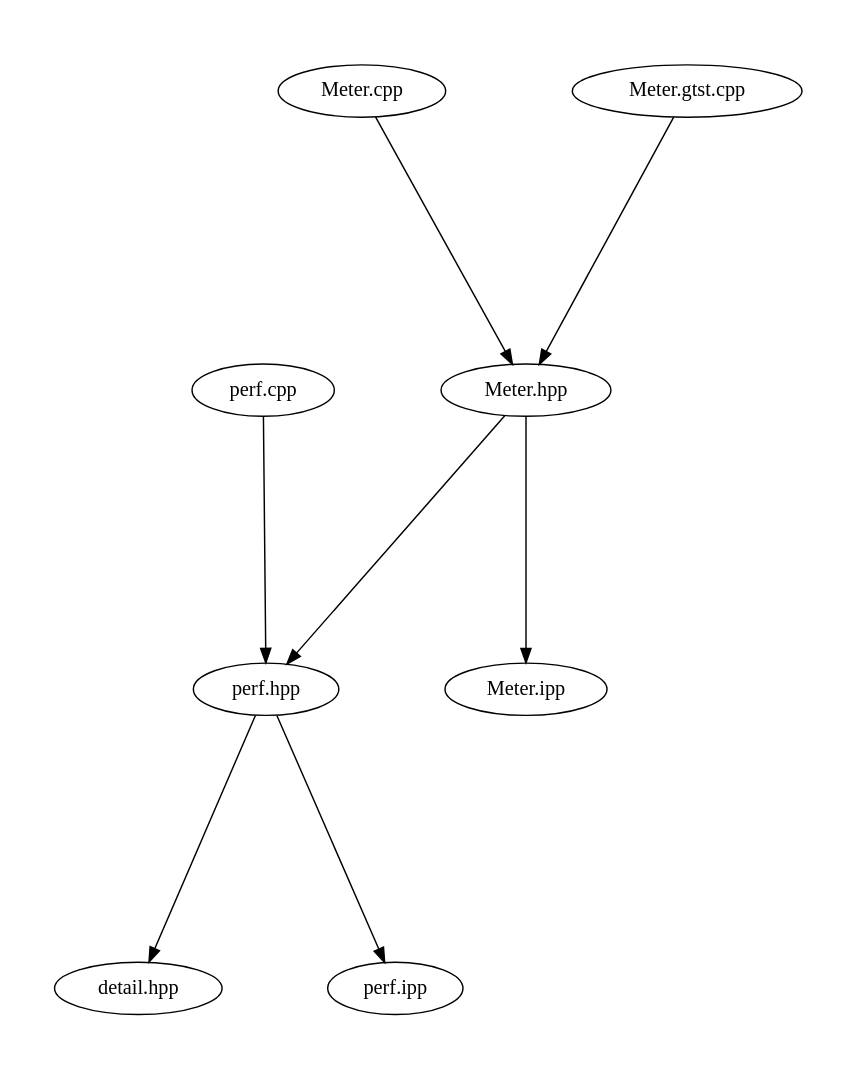
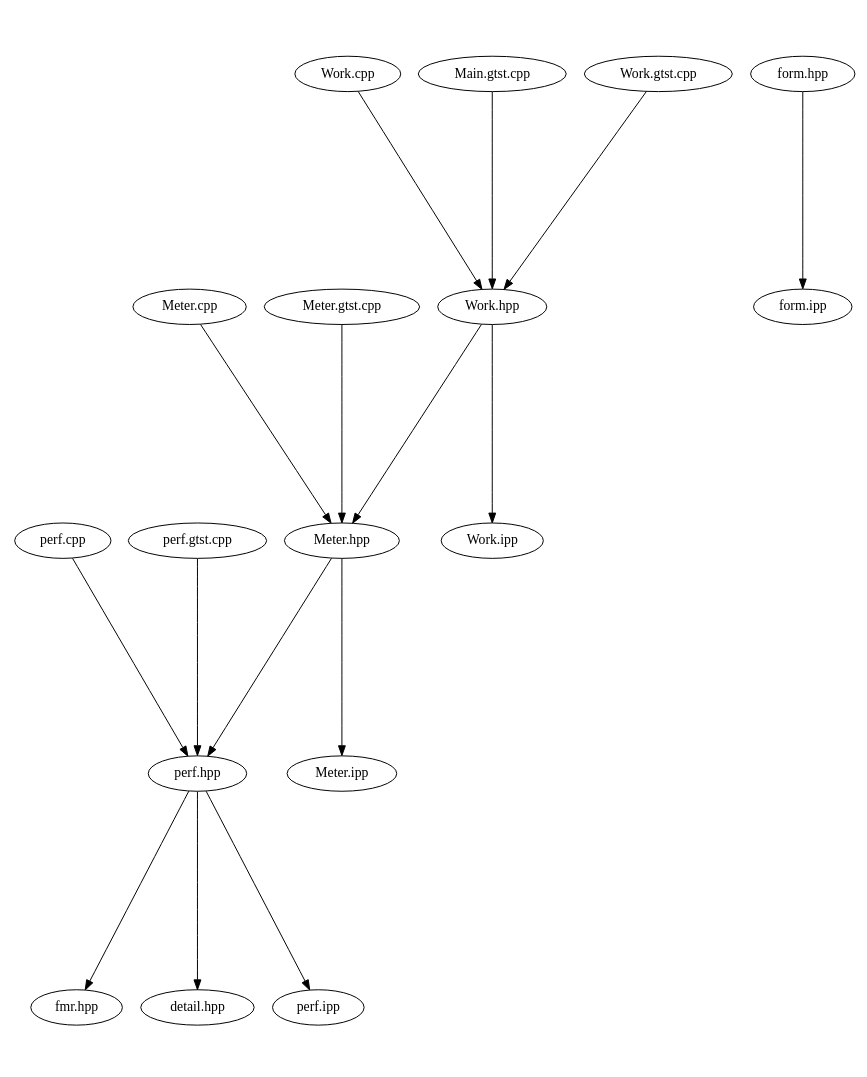
One commit to waggyz/femera-mini-app changed the diagram in src/docs/src.dot. Above: the diagram before and after it, drawn with Graphviz. The commit also changed 18 other files, not shown here.

```diff
--- a/src/docs/src.dot
+++ b/src/docs/src.dot
@@ -1,15 +1,23 @@
 digraph "source tree" {
     overlap=scale;
     size="8,10";
     ratio="fill";
     fontsize="16";
     fontname="Helvetica";
 	clusterrank="local";
+	"Meter.hpp" -> "perf.hpp"
+	"perf.hpp" -> "fmr.hpp"
+	"perf.cpp" -> "perf.hpp"
+	"perf.hpp" -> "detail.hpp"
+	"perf.gtst.cpp" -> "perf.hpp"
+	"Work.hpp" -> "Meter.hpp"
+	"Work.cpp" -> "Work.hpp"
+	"Main.gtst.cpp" -> "Work.hpp"
+	"Work.gtst.cpp" -> "Work.hpp"
 	"Meter.cpp" -> "Meter.hpp"
-	"Meter.hpp" -> "perf.hpp"
-	"perf.cpp" -> "perf.hpp"
+	"Work.hpp" -> "Work.ipp"
 	"Meter.gtst.cpp" -> "Meter.hpp"
-	"perf.hpp" -> "detail.hpp"
 	"Meter.hpp" -> "Meter.ipp"
 	"perf.hpp" -> "perf.ipp"
+	"form.hpp" -> "form.ipp"
 }
```
